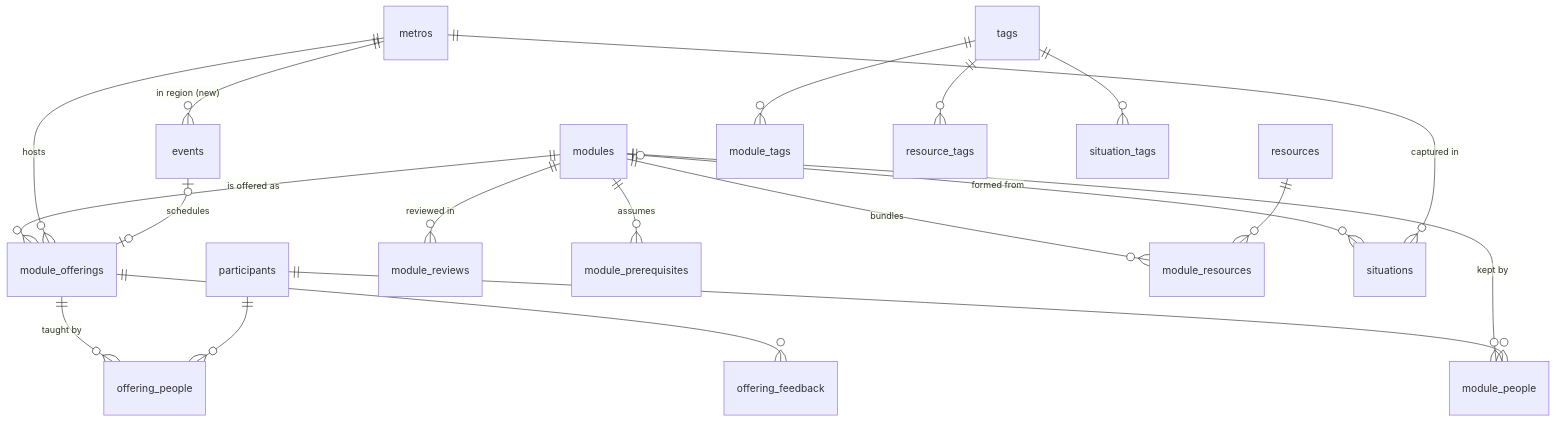
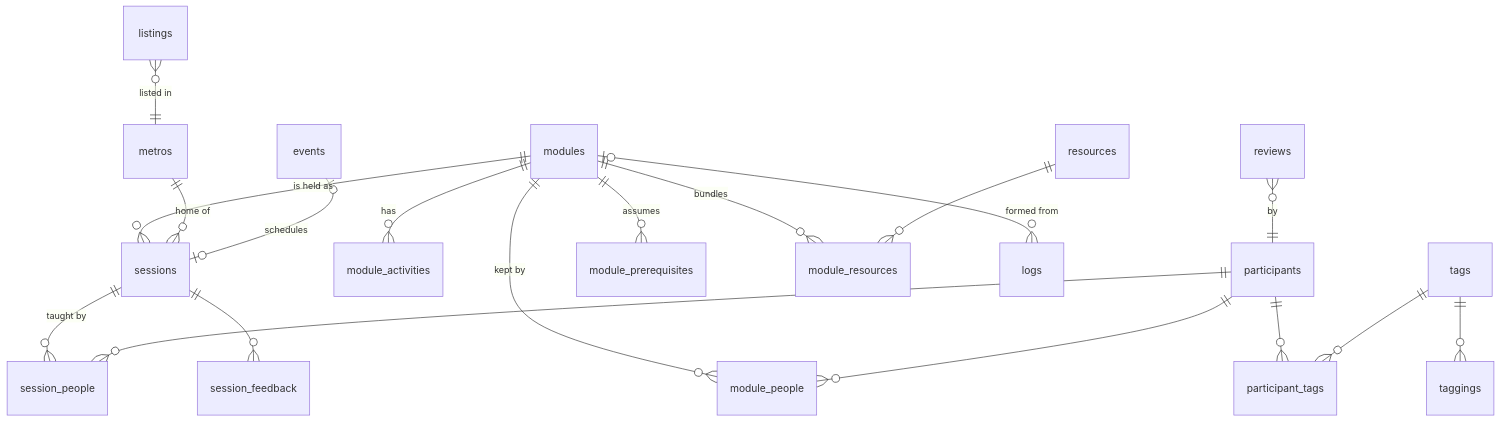
One commit to wash-TheUpskillingLabs/c04-scaffolding changed the diagram in prototypes/module-catalog/schema.md. Above: the diagram before and after it, drawn with Mermaid. The commit also changed other lines of this file, not shown here.

First line of the commit message:
Module catalog schema, second pass: federated home and listings, sessions, approval

````diff
--- a/prototypes/module-catalog/schema.md
+++ b/prototypes/module-catalog/schema.md
@@ -28,21 +87,21 @@
 ```mermaid
 erDiagram
-    modules ||--o{ module_offerings : "is offered as"
-    metros ||--o{ module_offerings : "hosts"
-    events |o--o| module_offerings : "schedules"
+    modules ||--o{ sessions : "is held as"
+    metros ||--o{ sessions : "home of"
+    events |o--o| sessions : "schedules"
+    modules ||--o{ module_activities : "has"
     modules ||--o{ module_people : "kept by"
+    sessions ||--o{ session_people : "taught by"
     participants ||--o{ module_people : ""
-    module_offerings ||--o{ offering_people : "taught by"
-    participants ||--o{ offering_people : ""
-    modules ||--o{ module_reviews : "reviewed in"
+    participants ||--o{ session_people : ""
     modules ||--o{ module_prerequisites : "assumes"
     modules ||--o{ module_resources : "bundles"
     resources ||--o{ module_resources : ""
-    modules |o--o{ situations : "formed from"
-    metros ||--o{ situations : "captured in"
-    tags ||--o{ module_tags : ""
-    tags ||--o{ resource_tags : ""
-    tags ||--o{ situation_tags : ""
-    module_offerings ||--o{ offering_feedback : ""
-    metros ||--o{ events : "in region (new)"
+    modules |o--o{ logs : "formed from"
+    tags ||--o{ taggings : ""
+    participants ||--o{ participant_tags : ""
+    tags ||--o{ participant_tags : ""
+    sessions ||--o{ session_feedback : ""
+    listings }o--|| metros : "listed in"
+    reviews }o--|| participants : "by"
 ```
````
